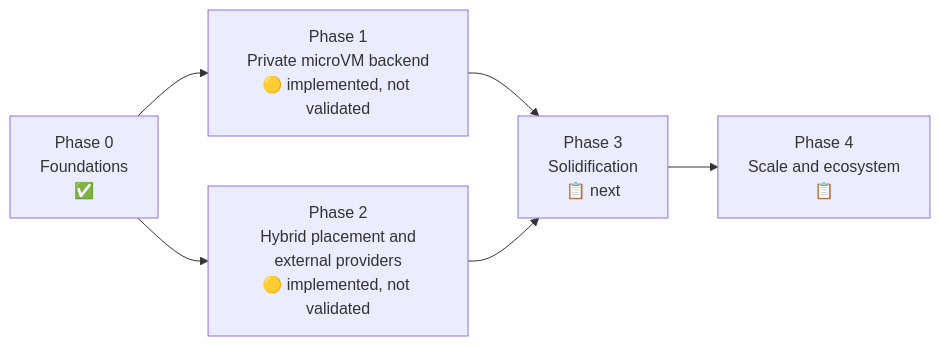
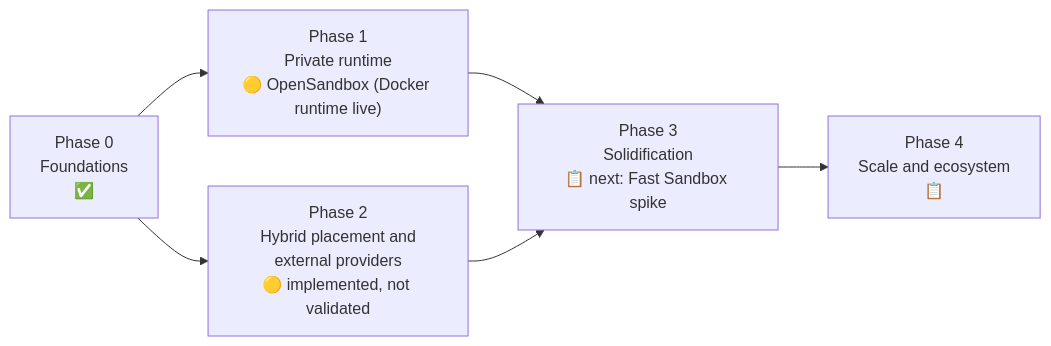
Before and after one commit to different-ai/differently: the diagram in docs/roadmap.md, drawn with Mermaid. The commit also changed other lines of this file and 136 other files, not shown here.

````diff
--- a/docs/roadmap.md
+++ b/docs/roadmap.md
@@ -11,8 +12,8 @@
 ```mermaid
 flowchart LR
-  P0["Phase 0<br/>Foundations<br/>✅"] --> P1["Phase 1<br/>Private microVM backend<br/>🟡 implemented, not validated"]
+  P0["Phase 0<br/>Foundations<br/>✅"] --> P1["Phase 1<br/>Private runtime<br/>🟡 OpenSandbox (Docker runtime live)"]
   P0 --> P2["Phase 2<br/>Hybrid placement and<br/>external providers<br/>🟡 implemented, not validated"]
-  P1 --> P3["Phase 3<br/>Solidification<br/>📋 next"]
+  P1 --> P3["Phase 3<br/>Solidification<br/>📋 next: Fast Sandbox spike"]
   P2 --> P3
   P3 --> P4["Phase 4<br/>Scale and ecosystem<br/>📋"]
 ```
````
